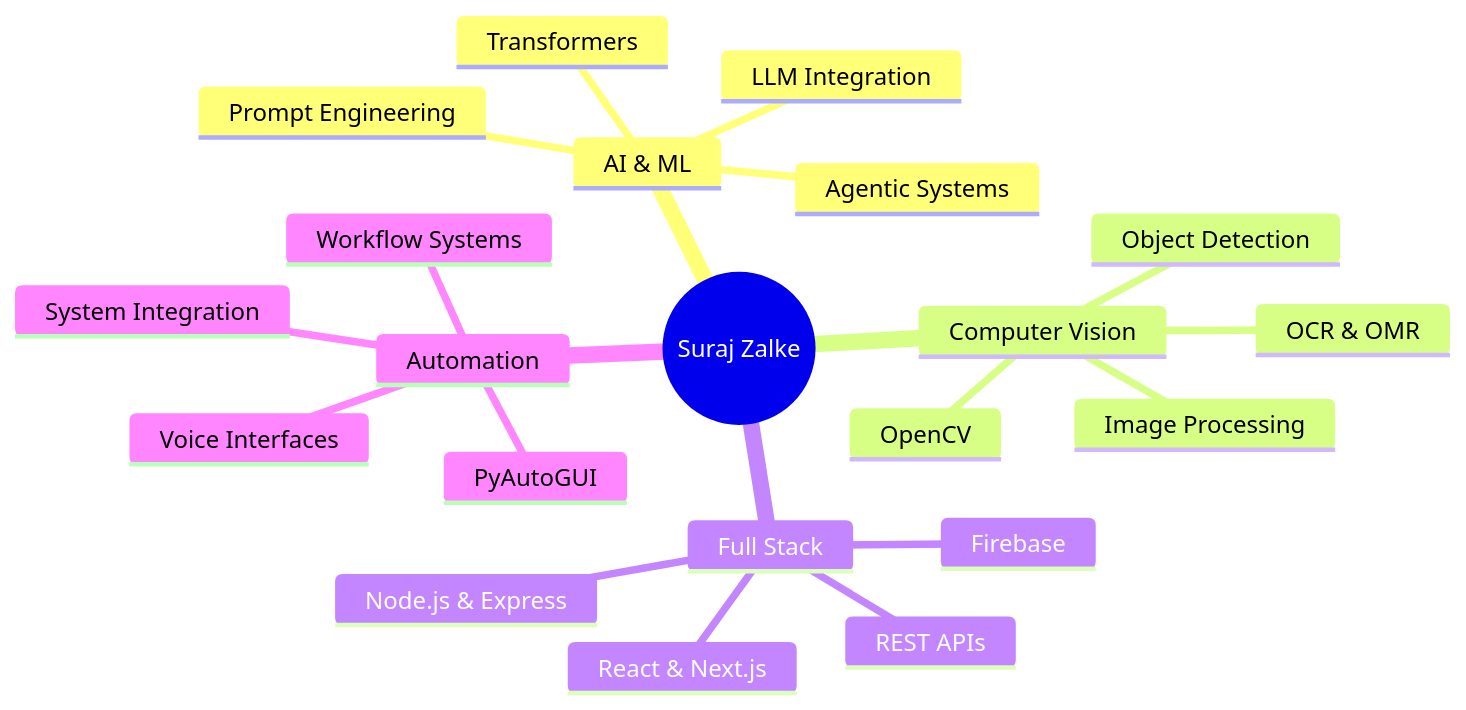
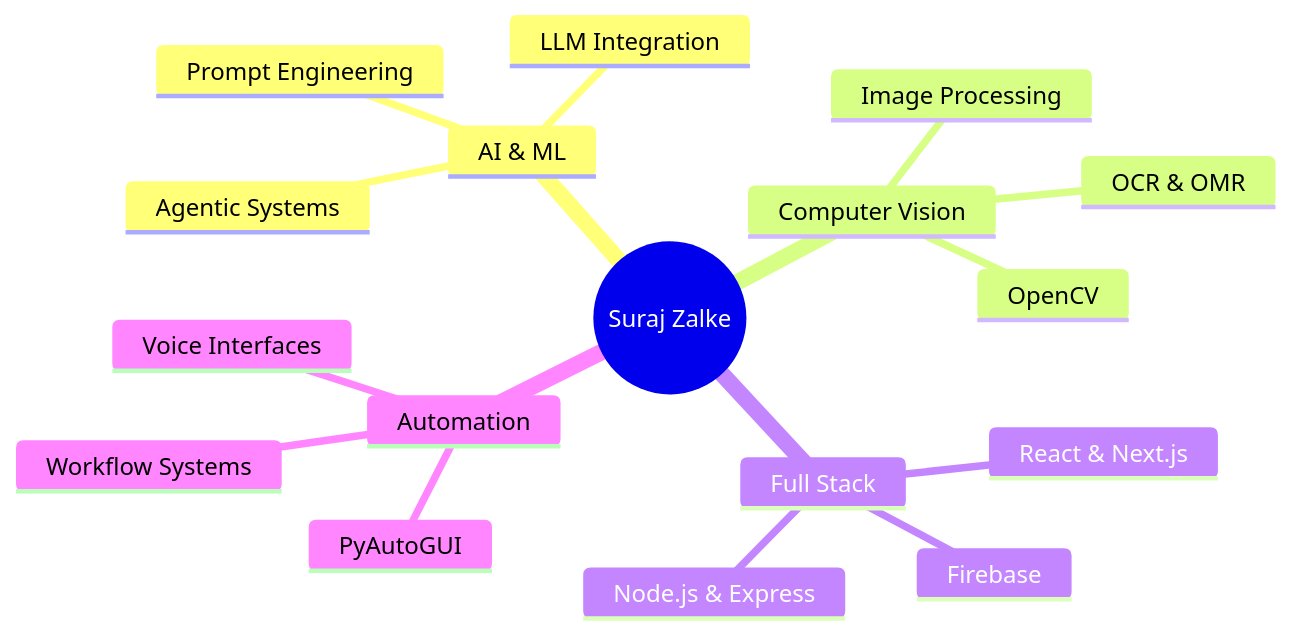
One commit to SurajZalke/SurajZalke changed the diagram in README.md. Above: the diagram before and after it, drawn with Mermaid. The commit also changed other lines of this file, not shown here.

````diff
--- a/README.md
+++ b/README.md
@@ -134,24 +91,20 @@
 ```mermaid
 mindmap
   root((Suraj Zalke))
     AI & ML
       Agentic Systems
       LLM Integration
       Prompt Engineering
-      Transformers
     Computer Vision
       OpenCV
+      OCR & OMR
       Image Processing
-      OCR & OMR
-      Object Detection
     Full Stack
       React & Next.js
       Node.js & Express
       Firebase
-      REST APIs
     Automation
       PyAutoGUI
       Workflow Systems
       Voice Interfaces
-      System Integration
 ```
````
